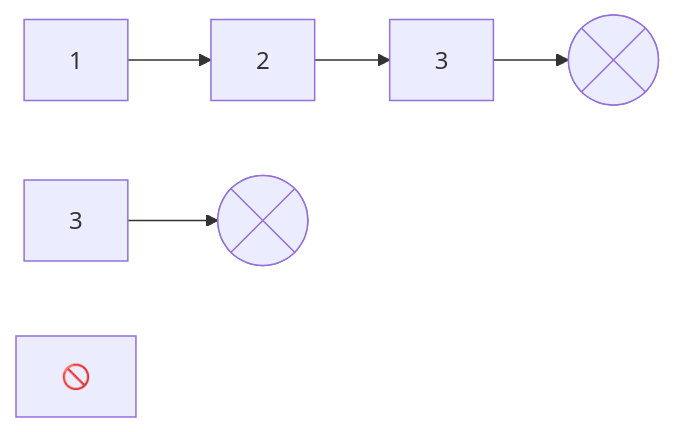
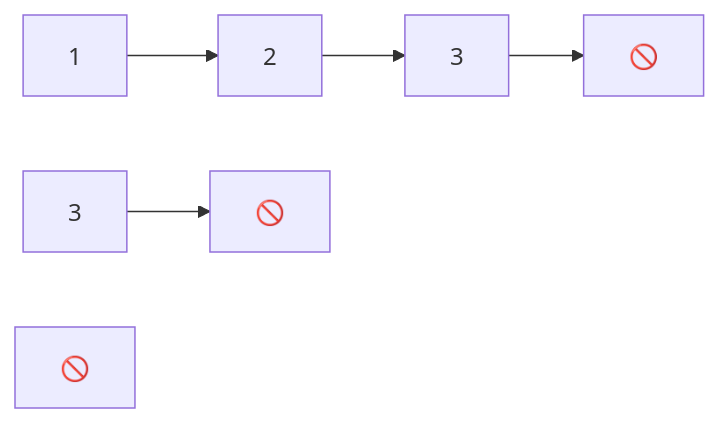
Before and after one commit to raganwald/raganwald.github.com: the fourth of 9 diagrams in _posts/2026-02-15-nuralagus-rex.md, drawn with Mermaid.

```diff
--- a/_posts/2026-02-15-nuralagus-rex.md
+++ b/_posts/2026-02-15-nuralagus-rex.md
@@ -61,16 +61,16 @@
 <div class="mermaid">
   graph LR
     b["1"]
     c["2"]
     d["3"]
     d2["3"]
     Empty["🚫"]
-    Empty2@{ shape: cross-circ }
-    Empty3@{ shape: cross-circ }
+    Empty2["🚫"]
+    Empty3["🚫"]
 
     Empty
 
     d2--> Empty2
 
     b-->c-->d-->Empty3
 </div>
```
